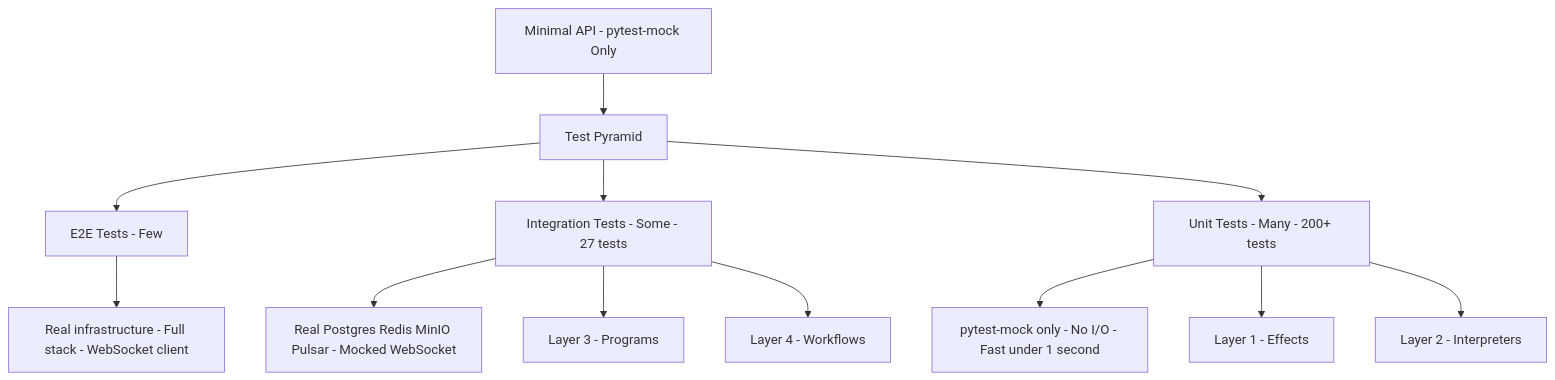
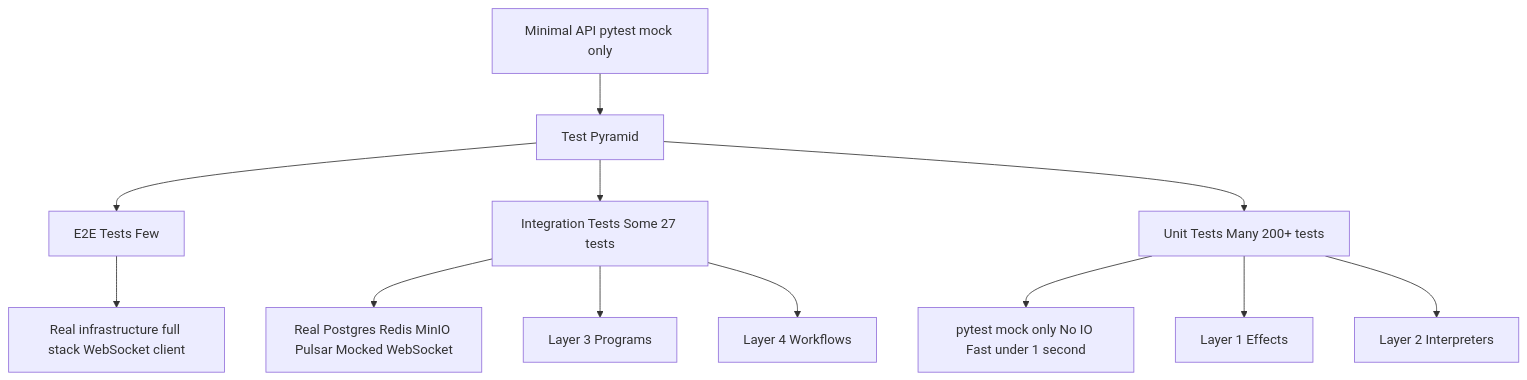
Before and after one commit to Tuee22/effectful: the third of 6 diagrams in documents/engineering/testing.md, drawn with Mermaid. The commit also changed other lines of this file and 193 other files, not shown here.

````diff
--- a/documents/engineering/testing.md
+++ b/documents/engineering/testing.md
@@ -1175,18 +1222,18 @@
 ```mermaid
 flowchart TB
-  Philosophy[Minimal API - pytest-mock Only]
+  Philosophy[Minimal API pytest mock only]
   Philosophy --> Pyramid[Test Pyramid]
 
-  Pyramid --> E2E[E2E Tests - Few]
-  Pyramid --> Integration[Integration Tests - Some - 27 tests]
-  Pyramid --> Unit[Unit Tests - Many - 200+ tests]
+  Pyramid --> E2E[E2E Tests Few]
+  Pyramid --> Integration[Integration Tests Some 27 tests]
+  Pyramid --> Unit[Unit Tests Many 200+ tests]
 
-  E2E --> E2EDetail[Real infrastructure - Full stack - WebSocket client]
-  Integration --> IntDetail[Real Postgres Redis MinIO Pulsar - Mocked WebSocket]
-  Unit --> UnitDetail[pytest-mock only - No I/O - Fast under 1 second]
+  E2E --> E2EDetail[Real infrastructure full stack WebSocket client]
+  Integration --> IntDetail[Real Postgres Redis MinIO Pulsar Mocked WebSocket]
+  Unit --> UnitDetail[pytest mock only No IO Fast under 1 second]
 
-  Unit --> Layer1[Layer 1 - Effects]
-  Unit --> Layer2[Layer 2 - Interpreters]
-  Integration --> Layer3[Layer 3 - Programs]
-  Integration --> Layer4[Layer 4 - Workflows]
+  Unit --> Layer1[Layer 1 Effects]
+  Unit --> Layer2[Layer 2 Interpreters]
+  Integration --> Layer3[Layer 3 Programs]
+  Integration --> Layer4[Layer 4 Workflows]
 ```
````
